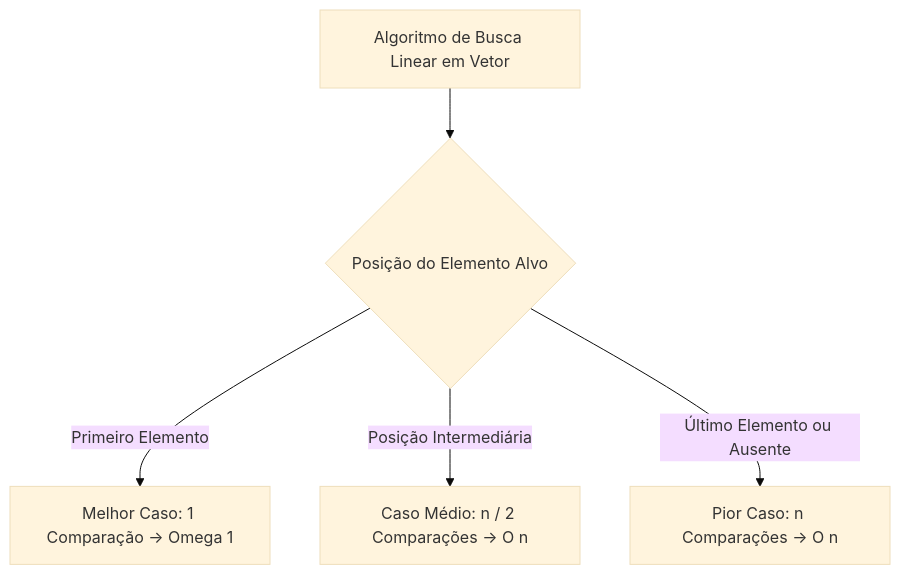
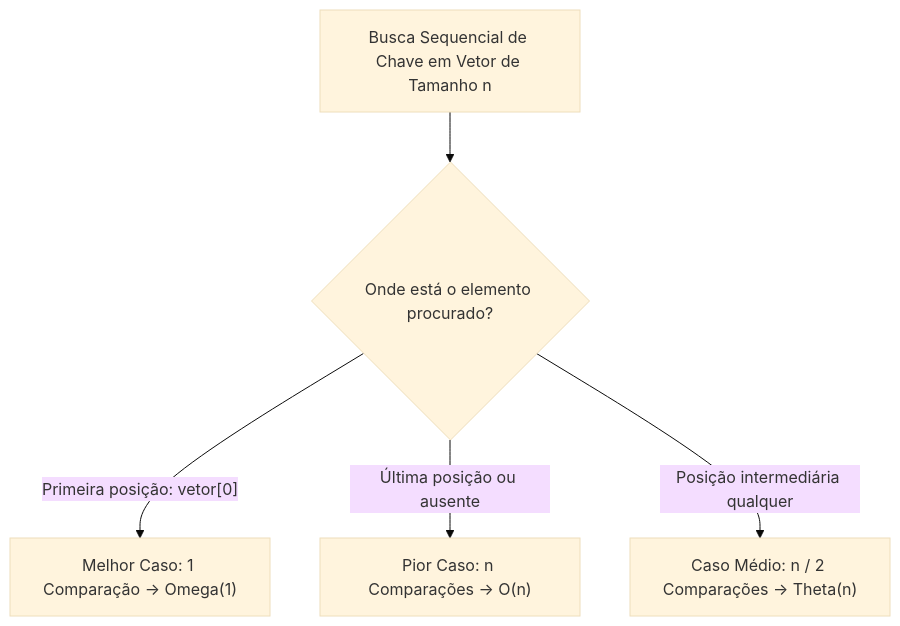
Before and after one commit to murilolol/unifef: the ninth of 27 diagrams in 4º Semestre/[Prof. Wesley Soares] Estrutura de Dados I/Resumos-IA/Caderno-Consolidado.md, drawn with Mermaid (base theme). The commit also changed other lines of this file and 40 other files, not shown here.

````diff
--- a/4º Semestre/[Prof. Wesley Soares] Estrutura de Dados I/Resumos-IA/Caderno-Consolidado.md
+++ b/4º Semestre/[Prof. Wesley Soares] Estrutura de Dados I/Resumos-IA/Caderno-Consolidado.md
@@ -388,7 +460,7 @@
 ```mermaid
 flowchart TD
-    Entrada["Algoritmo de Busca Linear em Vetor"] --> Teste{"Posição do Elemento Alvo"}
-    Teste -- Primeiro Elemento --> Melhor["Melhor Caso: 1 Comparação -> Omega 1"]
-    Teste -- Posição Intermediária --> Medio["Caso Médio: n / 2 Comparações -> O n"]
-    Teste -- Último Elemento ou Ausente --> Pior["Pior Caso: n Comparações -> O n"]
+    InicioBusca["Busca Sequencial de Chave em Vetor de Tamanho n"] --> AnaliseChave{"Onde está o elemento procurado?"}
+    AnaliseChave -->|"Primeira posição: vetor[0]"| MelhorCaso["Melhor Caso: 1 Comparação -> Omega(1)"]
+    AnaliseChave -->|"Última posição ou ausente"| PiorCaso["Pior Caso: n Comparações -> O(n)"]
+    AnaliseChave -->|"Posição intermediária qualquer"| CasoMedio["Caso Médio: n / 2 Comparações -> Theta(n)"]
 ```
````
